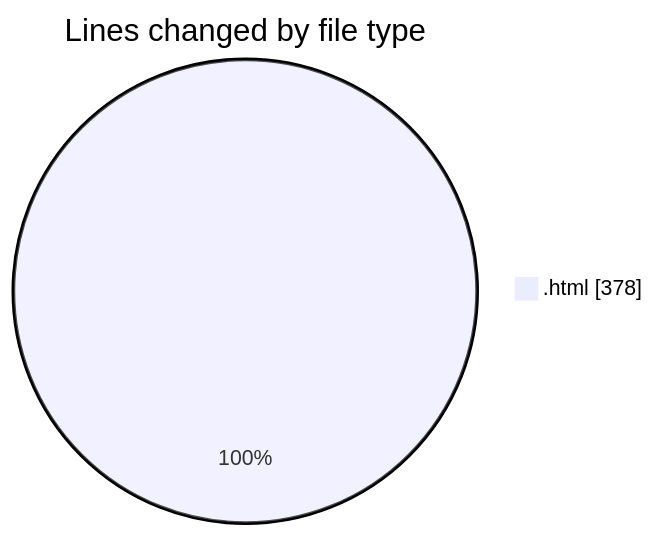
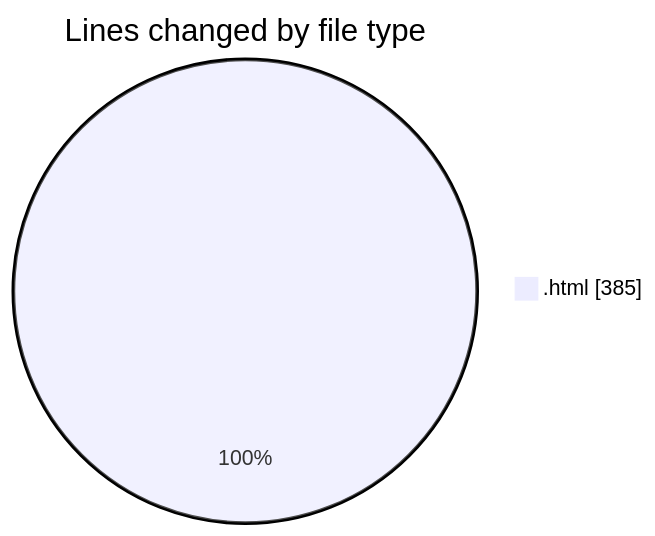
The first of 2 diagrams in 2025-01-07/nueva_carpeta/README.md (LanceThiago/code-tracking), drawn with Mermaid before and after one commit. The commit also changed other lines of this file and 1 other file, not shown here.

````diff
--- a/2025-01-07/nueva_carpeta/README.md
+++ b/2025-01-07/nueva_carpeta/README.md
@@ -20,5 +20,5 @@
 ```mermaid
 pie showData
 title Lines changed by file type
-".html" : 378
+".html" : 385
 ```
````
